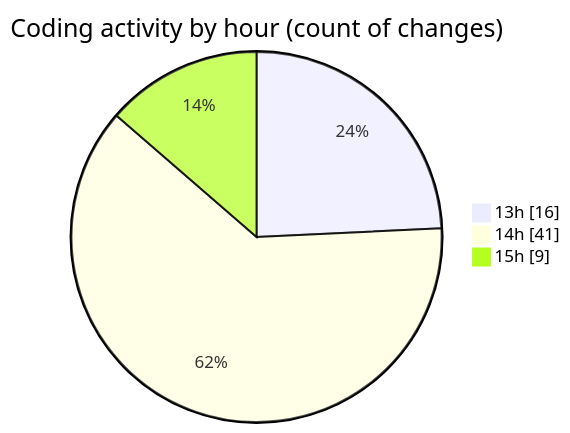
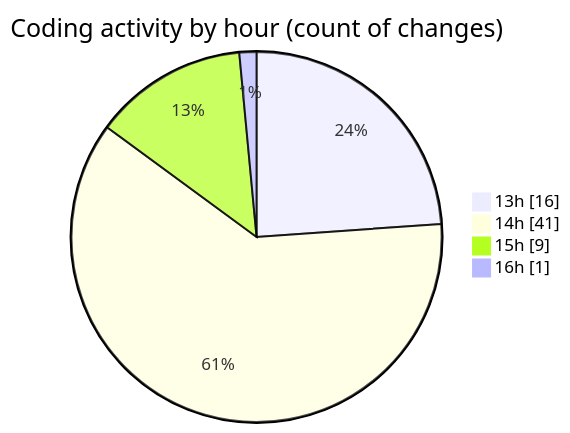
Before and after one commit to momahboobian/code-tracking: the second of 2 diagrams in 2026-02-04/cda/README.md, drawn with Mermaid. The commit also changed other lines of this file and 1 other file, not shown here.

````diff
--- a/2026-02-04/cda/README.md
+++ b/2026-02-04/cda/README.md
@@ -34,7 +36,8 @@
 ```mermaid
 pie showData
 title Coding activity by hour (count of changes)
 "13h" : 16
 "14h" : 41
 "15h" : 9
+"16h" : 1
 ```
````
